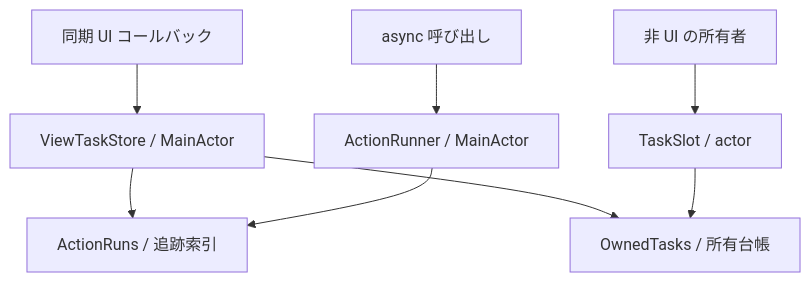
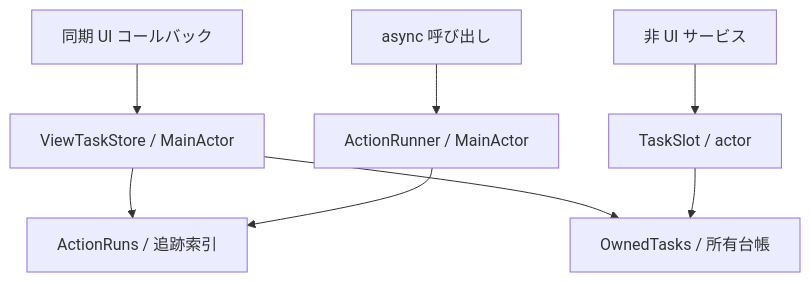
The diagram in docs/architecture.md (9uiLe/swift-tasking), drawn with Mermaid before and after one commit. The commit also changed other lines of this file and 29 other files, not shown here.

````diff
--- a/docs/architecture.md
+++ b/docs/architecture.md
@@ -64,10 +24,10 @@
 ```mermaid
 flowchart TD
     UI[同期 UI コールバック] --> Store[ViewTaskStore / MainActor]
     Async[async 呼び出し] --> Runner[ActionRunner / MainActor]
-    Owner[非 UI の所有者] --> Slot[TaskSlot / actor]
+    Service[非 UI サービス] --> Slot[TaskSlot / actor]
     Store --> Runs[ActionRuns / 追跡索引]
     Runner --> Runs
-    Store --> Handles[OwnedTasks / 所有台帳]
-    Slot --> Handles
+    Store --> Tasks[OwnedTasks / 所有台帳]
+    Slot --> Tasks
 ```
````
